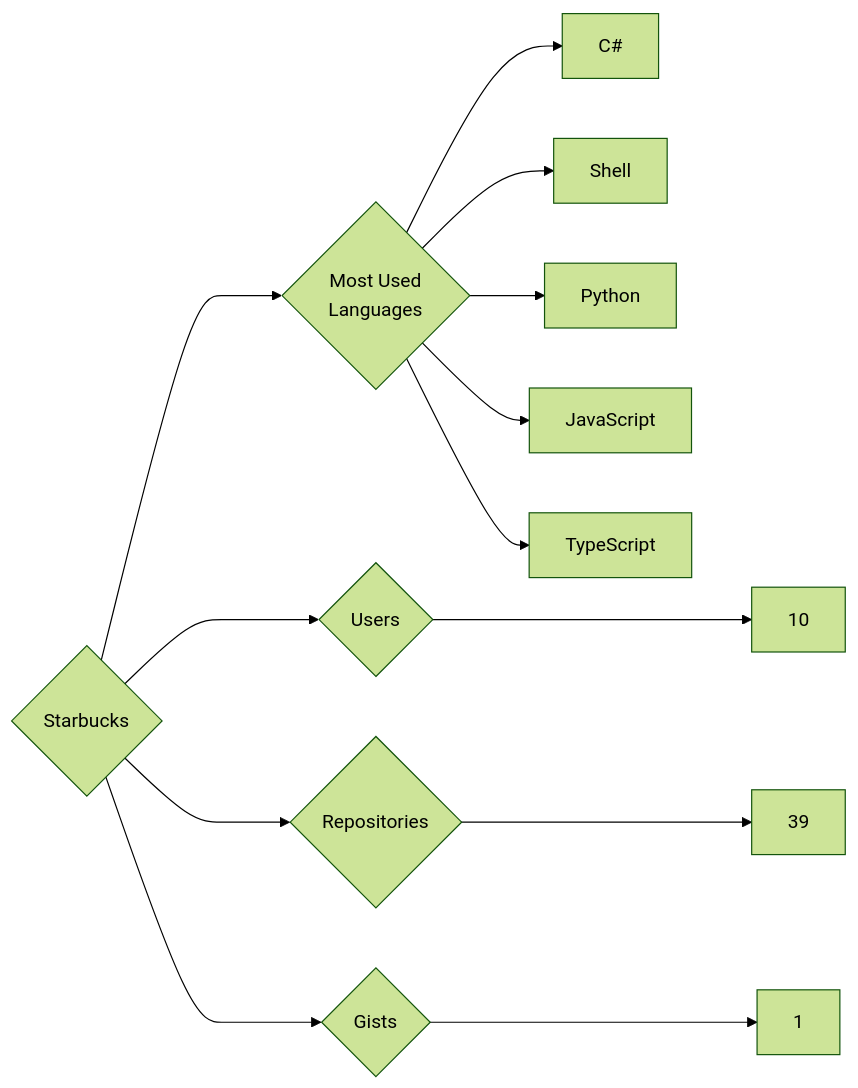
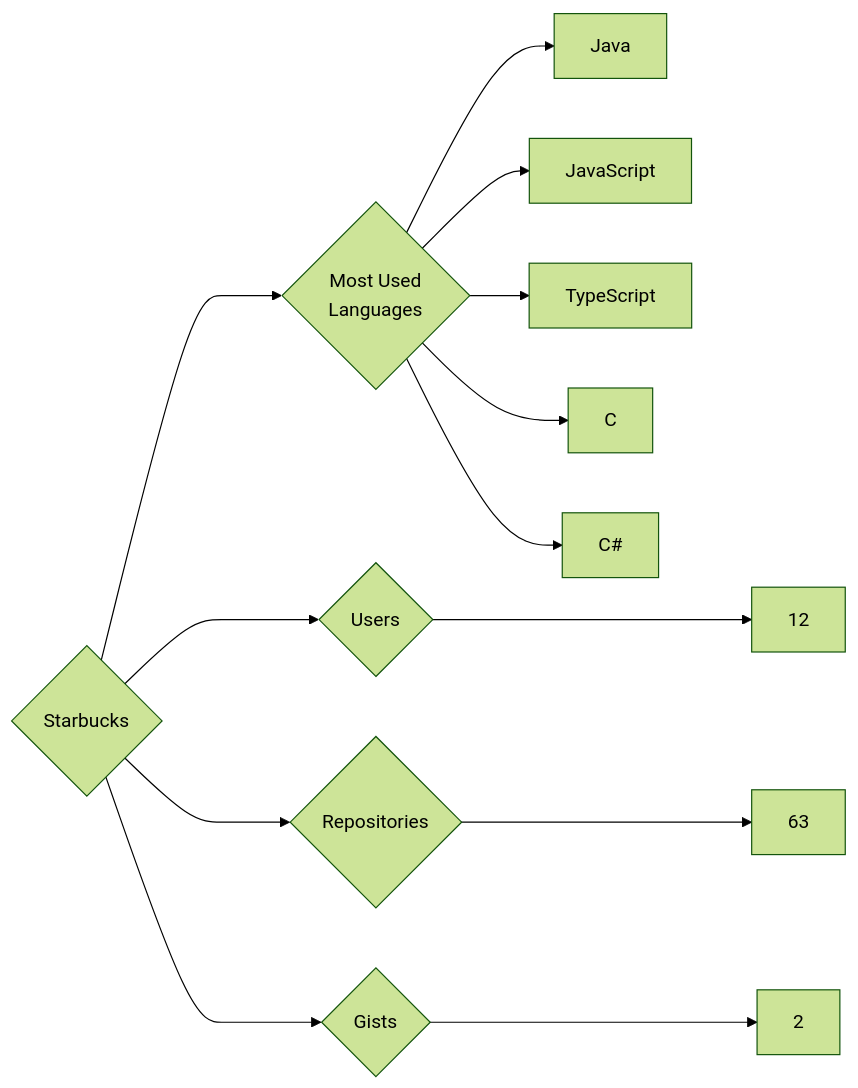
The diagram in targets/Starbucks/README.md (trickest/insiders), drawn with Mermaid (forest theme) before and after one commit. The commit also changed 765 other files, not shown here.

````diff
--- a/targets/Starbucks/README.md
+++ b/targets/Starbucks/README.md
@@ -3,13 +3,13 @@
 ```mermaid
 graph LR
 COMPANY_NAME{Starbucks}
-COMPANY_NAME ---> U{Users} ---> UN[10]
-COMPANY_NAME ---> R{Repositories} ---> RN[39]
-COMPANY_NAME ---> G{Gists} ---> GN[1]
+COMPANY_NAME ---> U{Users} ---> UN[12]
+COMPANY_NAME ---> R{Repositories} ---> RN[63]
+COMPANY_NAME ---> G{Gists} ---> GN[2]
 COMPANY_NAME ---> ML{Most Used<br>Languages}
-ML --> C#[C#]
-ML --> Shell[Shell]
-ML --> Python[Python]
+ML --> Java[Java]
 ML --> JavaScript[JavaScript]
 ML --> TypeScript[TypeScript]
+ML --> C[C]
+ML --> C#[C#]
 ```
````
